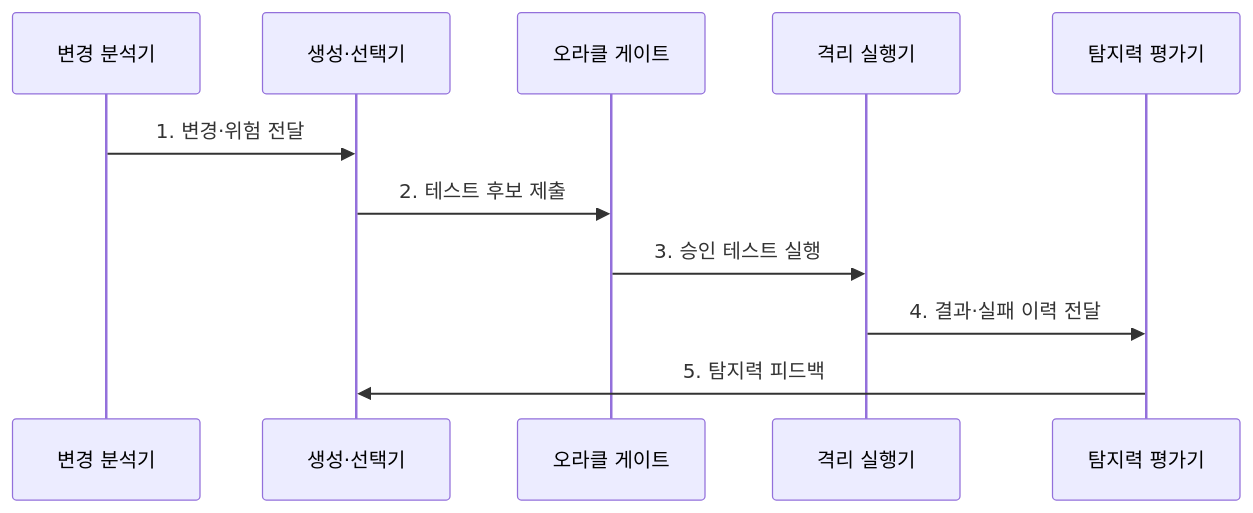
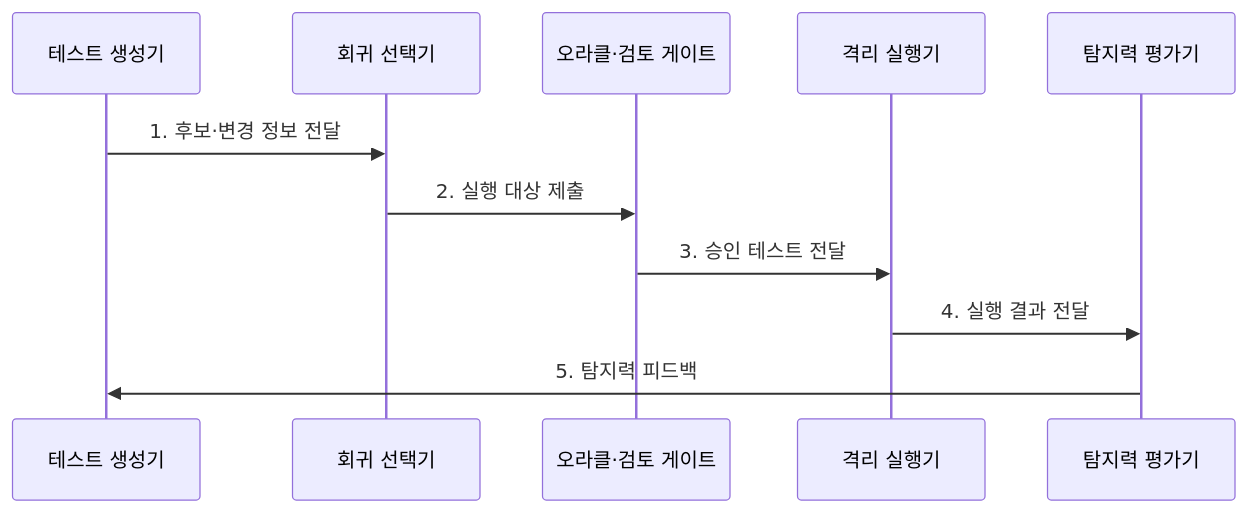
Before and after one commit to agnusdei1207/knowledge-base: the second of 2 diagrams in src/content/docs/notes/03-software/207_ai_test_automation.md, drawn with Mermaid. The commit also changed other lines of this file and 20 other files, not shown here.

````diff
--- a/src/content/docs/notes/03-software/207_ai_test_automation.md
+++ b/src/content/docs/notes/03-software/207_ai_test_automation.md
@@ -87,13 +86,13 @@
 ```mermaid
 sequenceDiagram
-    participant C as 변경 분석기
-    participant G as 생성·선택기
-    participant O as 오라클 게이트
+    participant G as 테스트 생성기
+    participant S as 회귀 선택기
+    participant O as 오라클·검토 게이트
     participant E as 격리 실행기
     participant A as 탐지력 평가기
-    C->>G: 1. 변경·위험 전달
-    G->>O: 2. 테스트 후보 제출
-    O->>E: 3. 승인 테스트 실행
-    E->>A: 4. 결과·실패 이력 전달
+    G->>S: 1. 후보·변경 정보 전달
+    S->>O: 2. 실행 대상 제출
+    O->>E: 3. 승인 테스트 전달
+    E->>A: 4. 실행 결과 전달
     A->>G: 5. 탐지력 피드백
 ```
````
